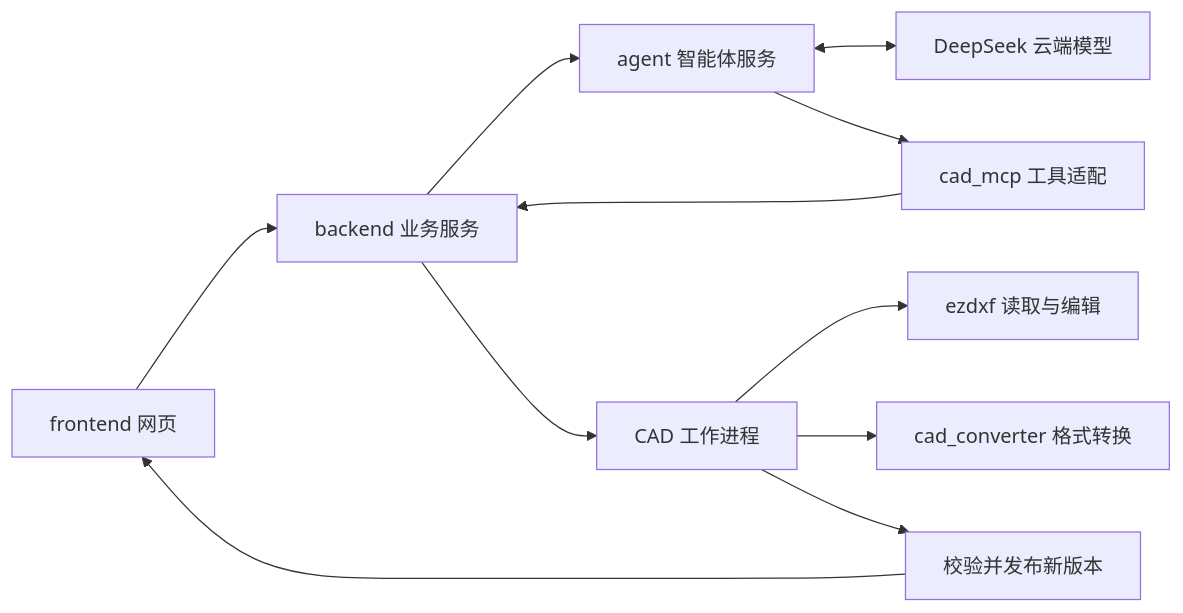
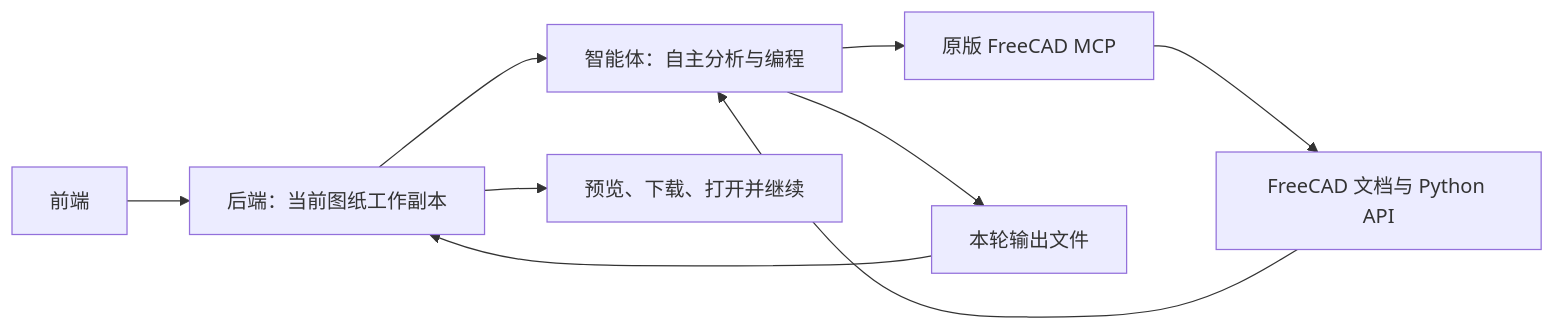
Before and after one commit to Magnificent2003/cad-agent: the diagram in README.md, drawn with Mermaid. The commit also changed other lines of this file and 62 other files, not shown here.

Commit message:
feat: checkpoint autonomous FreeCAD workflow and isolated Python dependencies

````diff
--- a/README.md
+++ b/README.md
@@ -53,13 +41,11 @@
 ```mermaid
 flowchart LR
-  UI[frontend 网页] --> API[backend 业务服务]
-  API --> A[agent 智能体服务]
-  A <--> M[DeepSeek 云端模型]
-  A --> MCP[cad_mcp 工具适配]
-  MCP --> API
-  API --> W[CAD 工作进程]
-  W --> DXF[ezdxf 读取与编辑]
-  W --> C[cad_converter 格式转换]
-  W --> V[校验并发布新版本]
-  V --> UI
+    UI[前端] --> API[后端：当前图纸工作副本]
+    API --> Agent[智能体：自主分析与编程]
+    Agent --> MCP[原版 FreeCAD MCP]
+    MCP --> FC[FreeCAD 文档与 Python API]
+    FC --> Agent
+    Agent --> Output[本轮输出文件]
+    Output --> API
+    API --> Result[预览、下载、打开并继续]
 ```
````
